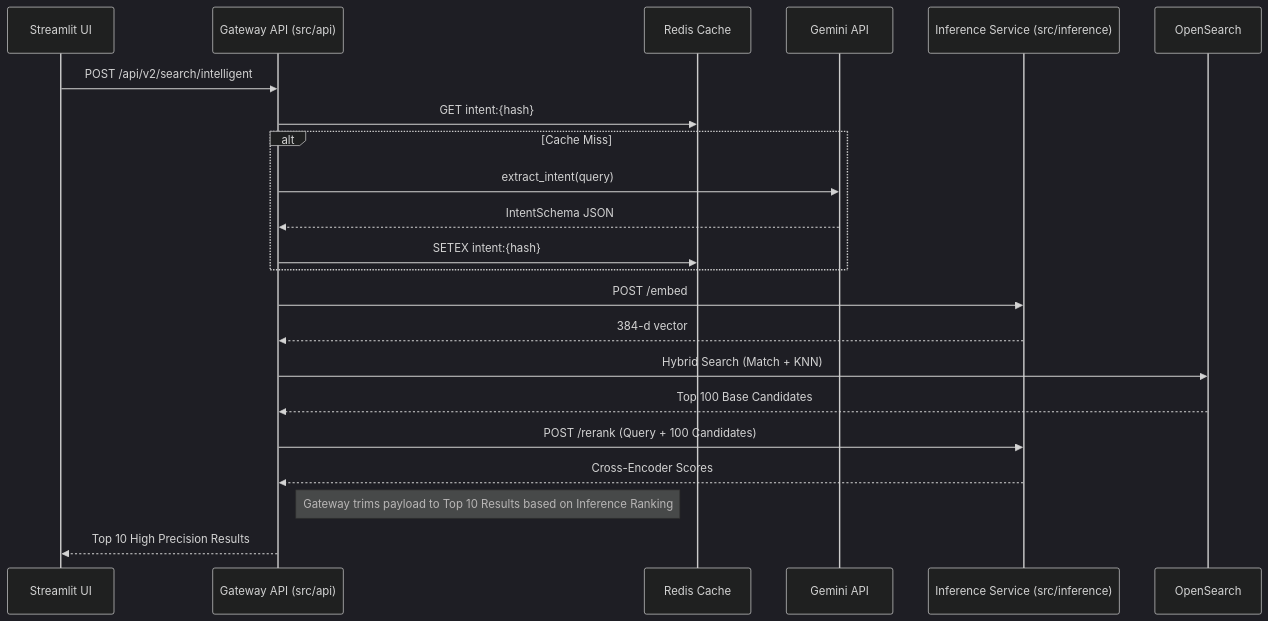
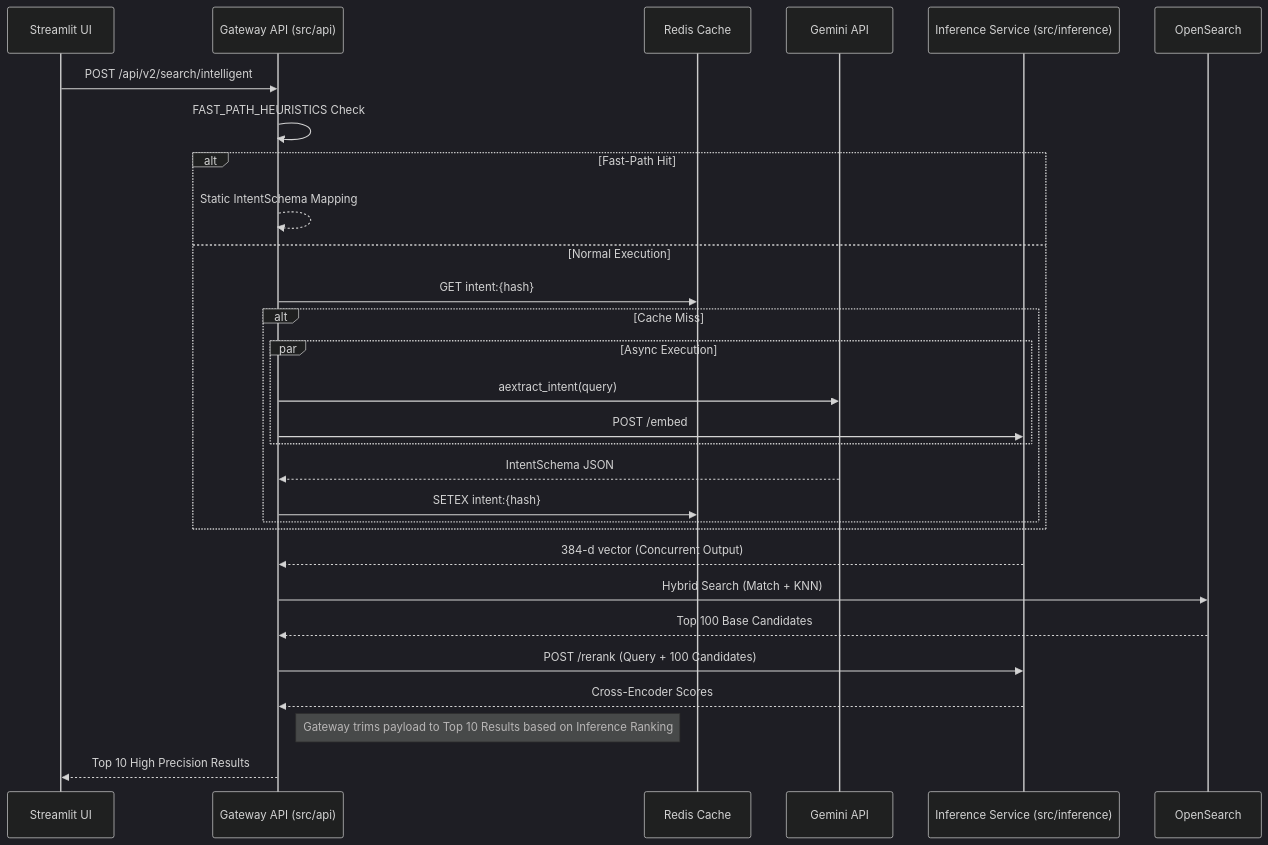
Before and after one commit to suryaavala/scaling-succotash: the second of 3 diagrams in docs/architecture.md, drawn with Mermaid (dark theme). The commit also changed other lines of this file and 44 other files, not shown here.

````diff
--- a/docs/architecture.md
+++ b/docs/architecture.md
@@ -64,31 +66,38 @@
 ```mermaid
 sequenceDiagram
     participant UI as Streamlit UI
     participant Gateway as Gateway API (src/api)
     participant Cache as Redis Cache
     participant LLM as Gemini API
     participant Inf as Inference Service (src/inference)
     participant OS as OpenSearch
 
     UI->>Gateway: POST /api/v2/search/intelligent
-    Gateway->>Cache: GET intent:{hash}
+    Gateway->>Gateway: FAST_PATH_HEURISTICS Check
     
-    alt Cache Miss
-        Gateway->>LLM: extract_intent(query)
-        LLM-->>Gateway: IntentSchema JSON
-        Gateway->>Cache: SETEX intent:{hash}
+    alt Fast-Path Hit
+        Gateway-->>Gateway: Static IntentSchema Mapping
+    else Normal Execution
+        Gateway->>Cache: GET intent:{hash}
+        alt Cache Miss
+            par Async Execution
+                Gateway->>LLM: aextract_intent(query)
+                Gateway->>Inf: POST /embed
+            end
+            LLM-->>Gateway: IntentSchema JSON
+            Gateway->>Cache: SETEX intent:{hash}
+        end
     end
     
     %% Two Stage
-    Gateway->>Inf: POST /embed
-    Inf-->>Gateway: 384-d vector
+    Inf-->>Gateway: 384-d vector (Concurrent Output)
     Gateway->>OS: Hybrid Search (Match + KNN)
     OS-->>Gateway: Top 100 Base Candidates
     
     Gateway->>Inf: POST /rerank (Query + 100 Candidates)
     Inf-->>Gateway: Cross-Encoder Scores
     
     note right of Gateway: Gateway trims payload to Top 10 Results based on Inference Ranking
     
     Gateway-->>UI: Top 10 High Precision Results
 ```
````
